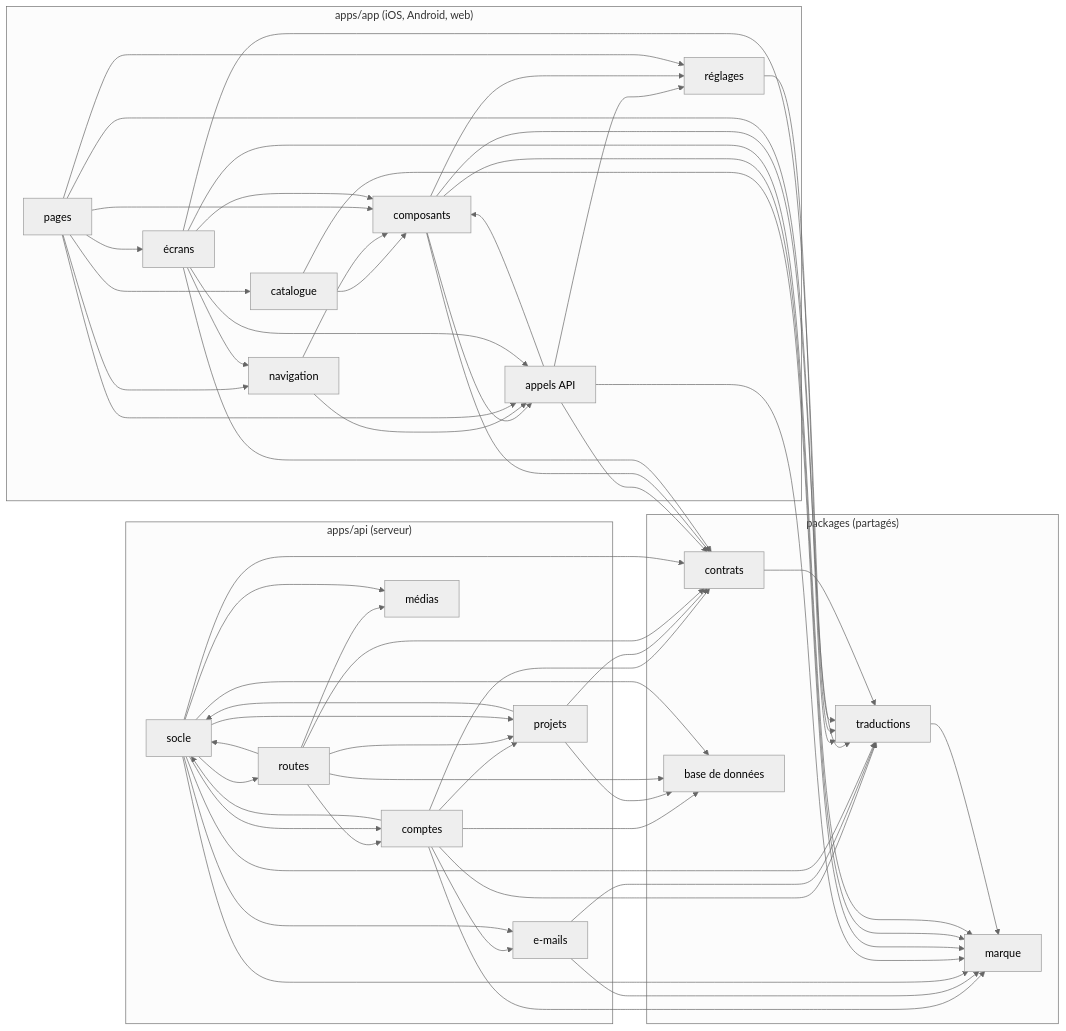
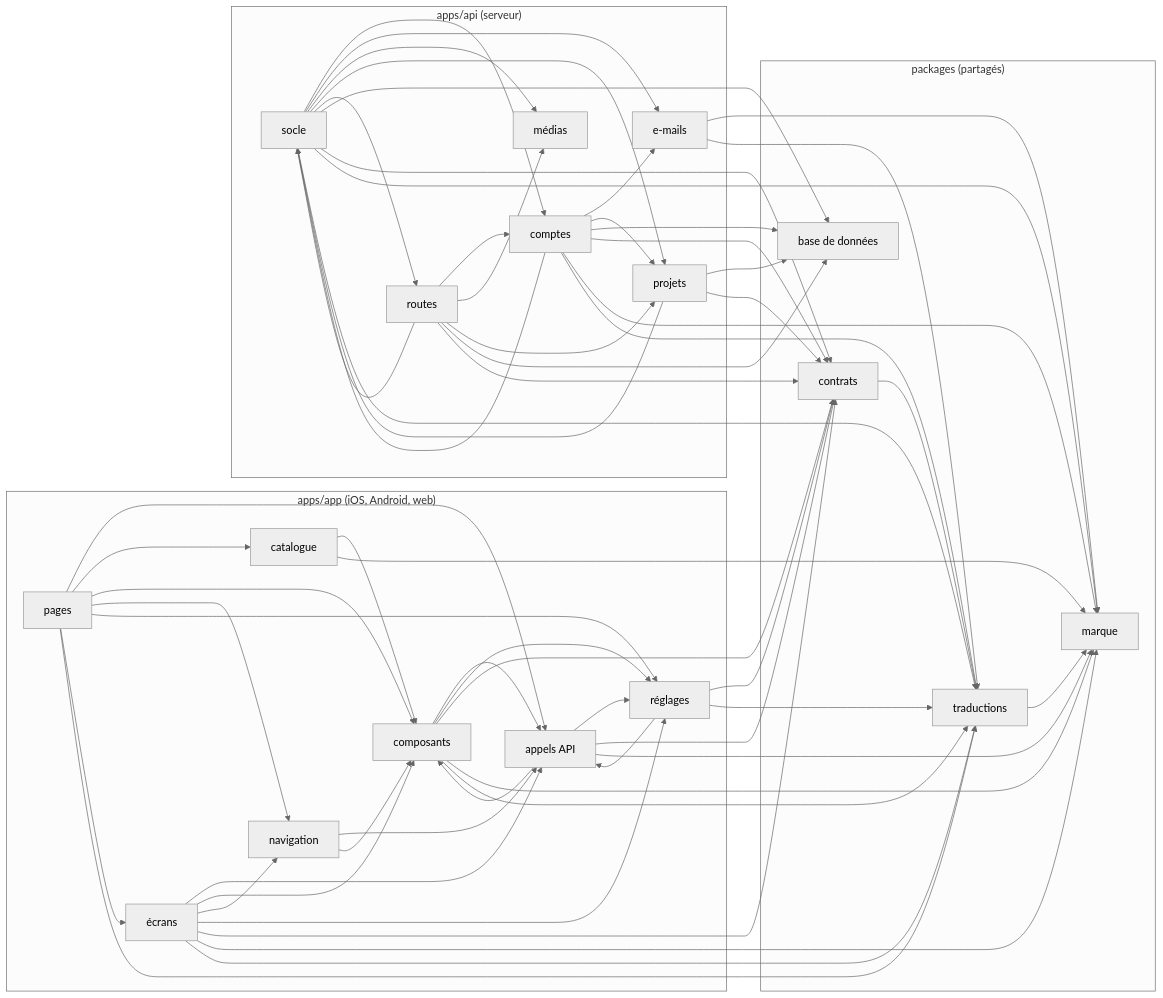
Before and after one commit to EthogramHQ/Waiggle: the diagram in docs/architecture/dependances.md, drawn with Mermaid (neutral theme). The commit also changed 4 other files, not shown here.

```diff
--- a/docs/architecture/dependances.md
+++ b/docs/architecture/dependances.md
@@ -76,10 +76,13 @@
   n0 --> n7
   n0 --> n1
   n0 --> n17
+  n7 --> n5
+  n7 --> n15
   n7 --> n17
   n1 --> n5
   n1 --> n2
   n1 --> n4
+  n1 --> n7
   n1 --> n15
   n1 --> n18
   n1 --> n17
```
